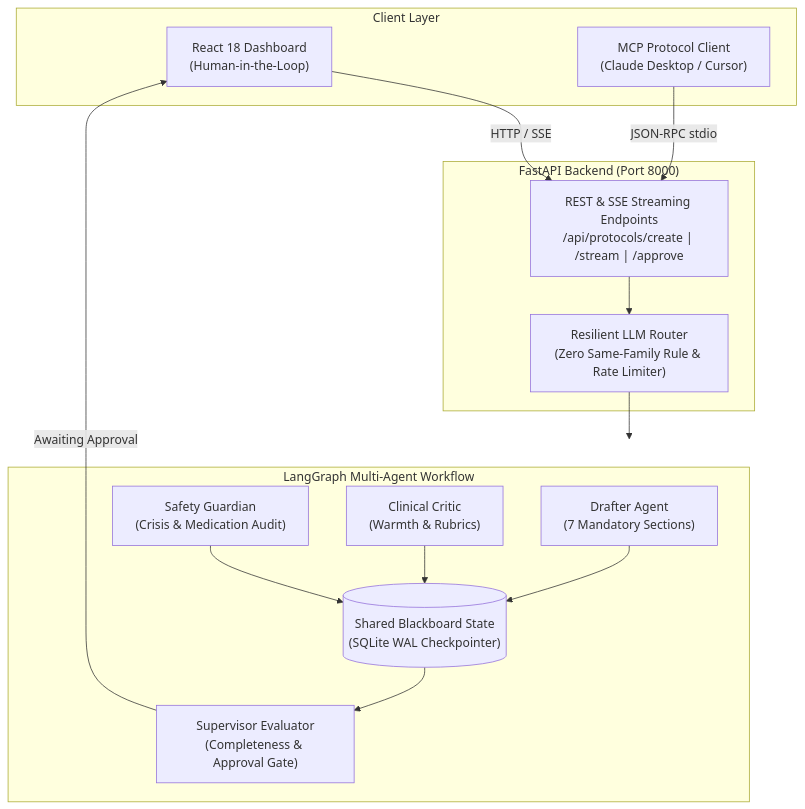
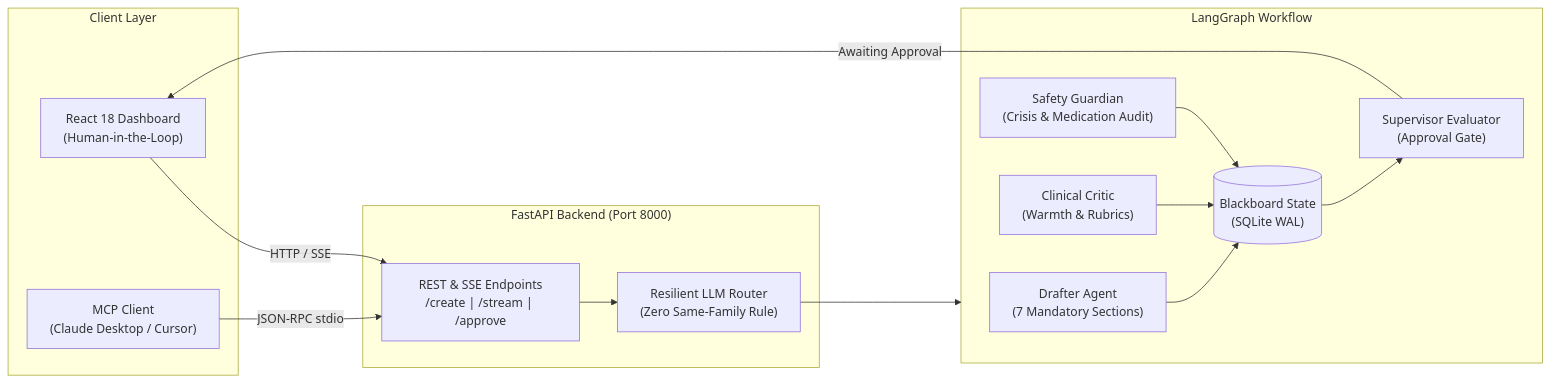
The diagram in README.md (Danish137/cerina-protocol-foundry), drawn with Mermaid before and after one commit. The commit also changed other lines of this file, not shown here.

Commit message:
docs: collapse architecture diagram into expandable details block to save vertical space

````diff
--- a/README.md
+++ b/README.md
@@ -9,30 +12,30 @@
 ```mermaid
-flowchart TD
+flowchart LR
     subgraph Clients["Client Layer"]
-        UI["React 18 Dashboard\n(Human-in-the-Loop)"]
-        MCP["MCP Protocol Client\n(Claude Desktop / Cursor)"]
+        UI["React 18 Dashboard<br/>(Human-in-the-Loop)"]
+        MCP["MCP Client<br/>(Claude Desktop / Cursor)"]
     end
 
     subgraph Backend["FastAPI Backend (Port 8000)"]
-        API["REST & SSE Streaming Endpoints\n/api/protocols/create | /stream | /approve"]
-        Router["Resilient LLM Router\n(Zero Same-Family Rule & Rate Limiter)"]
+        API["REST & SSE Endpoints<br/>/create | /stream | /approve"]
+        Router["Resilient LLM Router<br/>(Zero Same-Family Rule)"]
     end
 
-    subgraph LangGraph["LangGraph Multi-Agent Workflow"]
-        Drafter["Drafter Agent\n(7 Mandatory Sections)"]
-        Safety["Safety Guardian\n(Crisis & Medication Audit)"]
-        Critic["Clinical Critic\n(Warmth & Rubrics)"]
-        Supervisor["Supervisor Evaluator\n(Completeness & Approval Gate)"]
-        State[("Shared Blackboard State\n(SQLite WAL Checkpointer)")]
+    subgraph LangGraph["LangGraph Workflow"]
+        Drafter["Drafter Agent<br/>(7 Mandatory Sections)"]
+        Safety["Safety Guardian<br/>(Crisis & Medication Audit)"]
+        Critic["Clinical Critic<br/>(Warmth & Rubrics)"]
+        Supervisor["Supervisor Evaluator<br/>(Approval Gate)"]
+        State[("Blackboard State<br/>(SQLite WAL)")]
     end
 
     UI -->|HTTP / SSE| API
     MCP -->|JSON-RPC stdio| API
     API --> Router
     Router --> LangGraph
     Drafter --> State
     Safety --> State
     Critic --> State
     State --> Supervisor
     Supervisor -->|Awaiting Approval| UI
 ```
````
